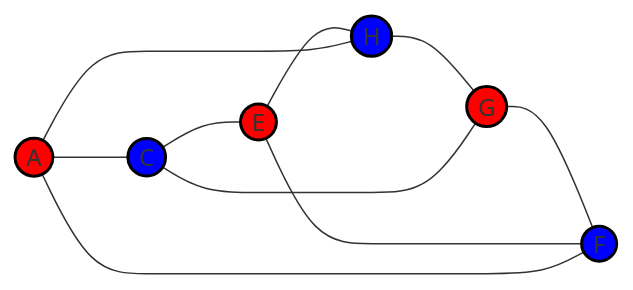
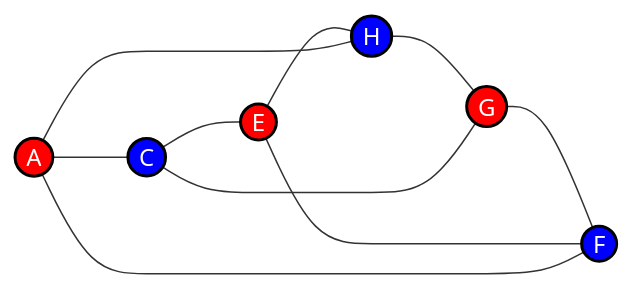
One commit to Zcher-Kevin/NotesAtHKU changed the ninth of 9 diagrams in content/notes/COMP2121/graphs.mdx. Above: the diagram before and after it, drawn with Mermaid. The commit also changed 4 other files, not shown here.

Commit message:
fix build issues with mermaid

````diff
--- a/content/notes/COMP2121/graphs.mdx
+++ b/content/notes/COMP2121/graphs.mdx
@@ -589,15 +589,15 @@
         ```mermaid
         graph LR
             A((A)):::red --- C((C)):::blue
             C --- E((E)):::red
             E --- H((H)):::blue
             H --- G((G)):::red
             G --- F((F)):::blue
             A --- H
             C --- G
             F --- E
             F --- A
 
-            classDef red fill:#f00,stroke:#000,stroke-width:2px;
-            classDef blue fill:#00f,stroke:#000,stroke-width:2px;
+            classDef red fill:#f00,stroke:#000,stroke-width:2px,color:#fff;
+            classDef blue fill:#00f,stroke:#000,stroke-width:2px,color:#fff;    
         ```
````
